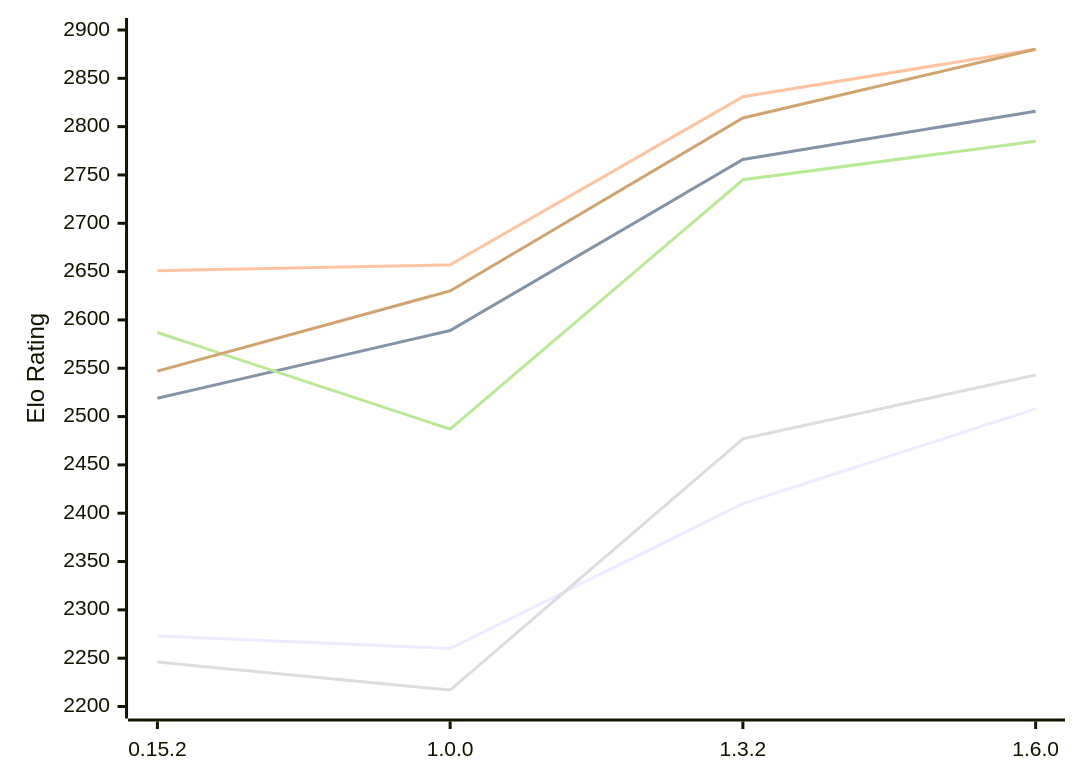
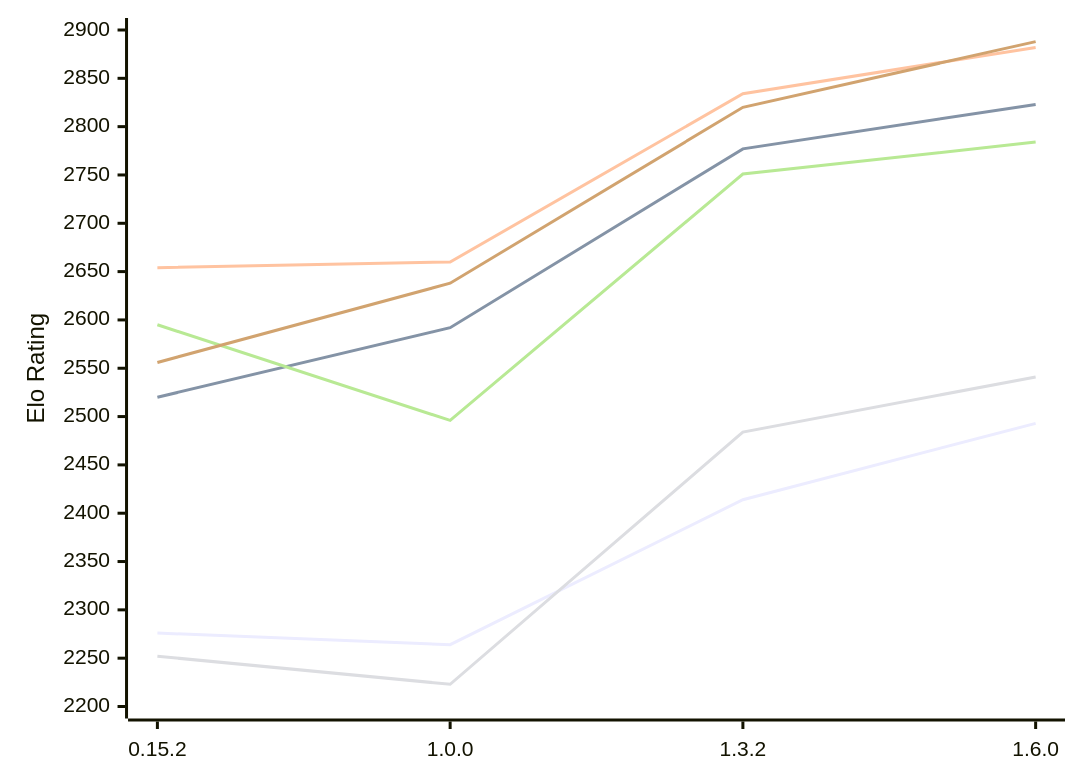
Before and after one commit to computer-chess-index/cci: the diagram in engines/ElephantGambit.md, drawn with Mermaid. The commit also changed other lines of this file, not shown here.

Commit message:
Update CCI Ratings (ELO VLTC) - 2026-11-25

````diff
--- a/engines/ElephantGambit.md
+++ b/engines/ElephantGambit.md
@@ -54,12 +54,12 @@
 ```mermaid
 %%{init: {"theme":"base","themeVariables":{"seriesColors:['#a3a3a3','#222221','#faa371']}}}%%
 xychart-beta
   x-axis ["0.15.2", "1.0.0", "1.3.2", "1.6.0"]
   y-axis "Elo Rating" 2200 --> 2900
-  line "E1: STC (8.0+0.08s)" [2273, 2260, 2410, 2508]
-  line "E1: LTC (60.0+0.60s)" [2519, 2589, 2766, 2816]
-  line "E1: VLTC (2m24s+1.12s)" [2651, 2657, 2831, 2880]
-  line "P1: STC (8.0+0.08s)" [2246, 2217, 2477, 2543]
-  line "P1: LTC (60.0+0.60s)" [2587, 2487, 2745, 2785]
-  line "P1: VLTC (2m24s+1.12s)" [2547, 2630, 2809, 2880]
+  line "E1: STC (8.0+0.08s)" [2276, 2264, 2414, 2493]
+  line "E1: LTC (60.0+0.60s)" [2520, 2592, 2777, 2823]
+  line "E1: VLTC (2m24s+1.12s)" [2654, 2660, 2834, 2882]
+  line "P1: STC (8.0+0.08s)" [2252, 2223, 2484, 2541]
+  line "P1: LTC (60.0+0.60s)" [2595, 2496, 2751, 2784]
+  line "P1: VLTC (2m24s+1.12s)" [2556, 2638, 2820, 2888]
 ```
````
